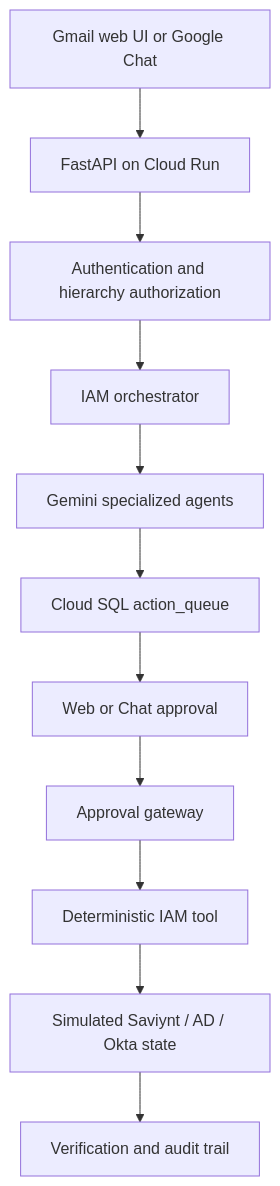
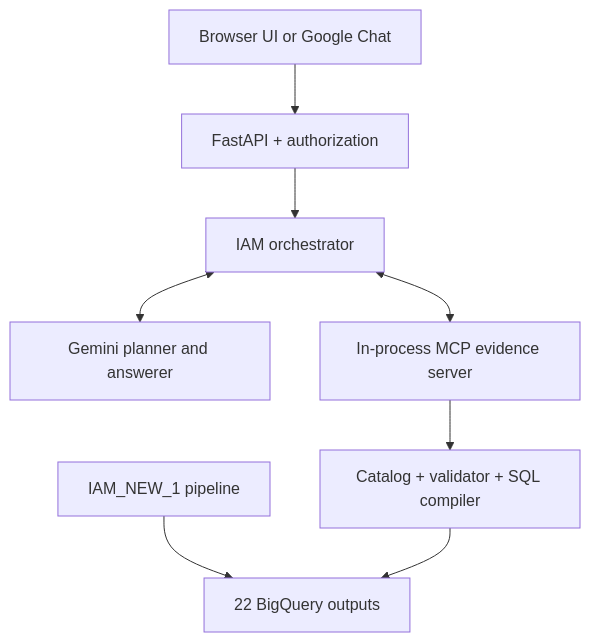
The diagram in README.md (sasidharmeka/iam-test), drawn with Mermaid before and after one commit. The commit also changed other lines of this file and 48 other files, not shown here.

Commit message:
Refactor IAM agent into read-only MCP analytics

````diff
--- a/README.md
+++ b/README.md
@@ -10,13 +33,10 @@
 ```mermaid
 flowchart TD
-    A["Gmail web UI or Google Chat"] --> B["FastAPI on Cloud Run"]
-    B --> C["Authentication and hierarchy authorization"]
-    C --> D["IAM orchestrator"]
-    D --> E["Gemini specialized agents"]
-    E --> F["Cloud SQL action_queue"]
-    F --> G["Web or Chat approval"]
-    G --> H["Approval gateway"]
-    H --> I["Deterministic IAM tool"]
-    I --> J["Simulated Saviynt / AD / Okta state"]
-    J --> K["Verification and audit trail"]
+    P["IAM_NEW_1 pipeline"] --> B["22 BigQuery outputs"]
+    U["Browser UI or Google Chat"] --> F["FastAPI + authorization"]
+    F --> O["IAM orchestrator"]
+    O <--> G["Gemini planner and answerer"]
+    O <--> M["In-process MCP evidence server"]
+    M --> C["Catalog + validator + SQL compiler"]
+    C --> B
 ```
````
